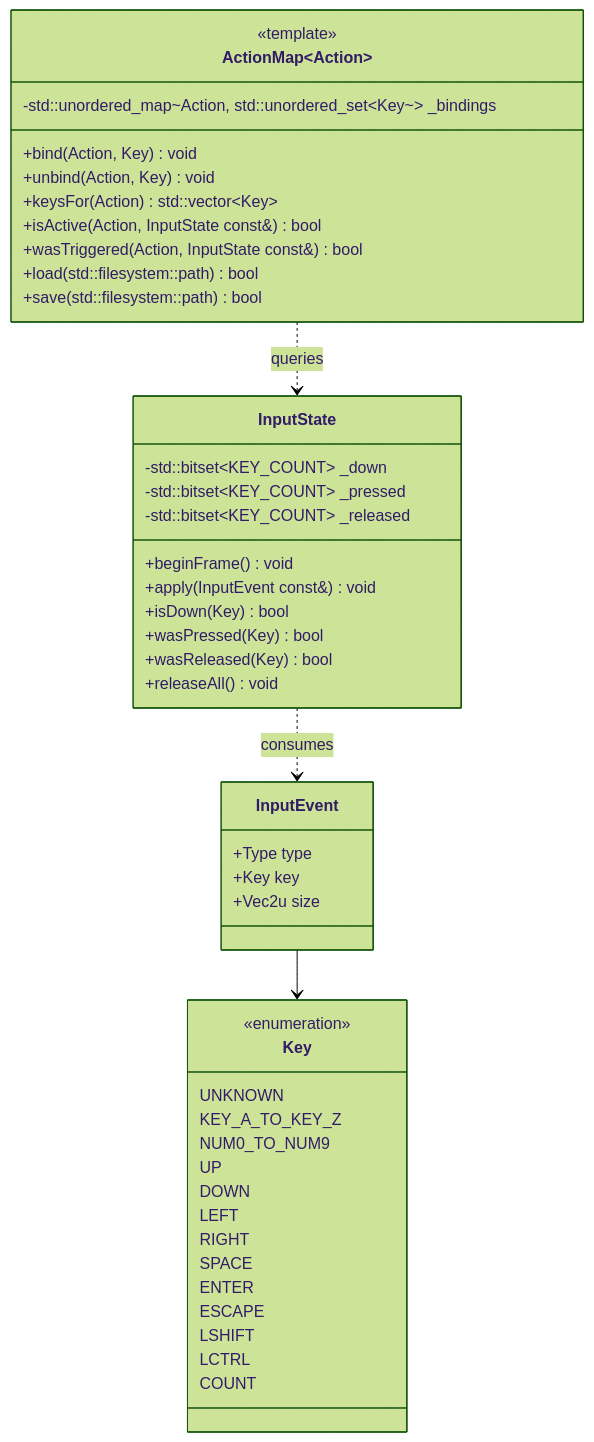
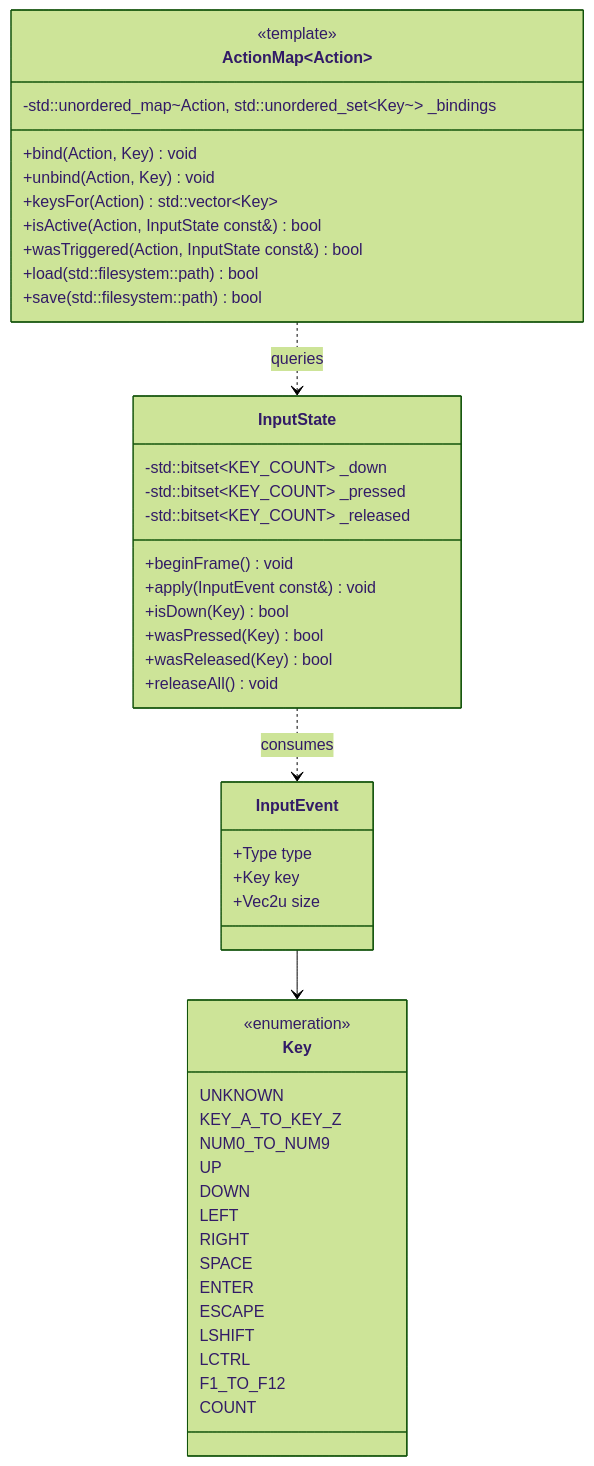
One commit to janumaruku/r-type changed the fifth of 6 diagrams in docs/modules/engine.md. Above: the diagram before and after it, drawn with Mermaid (forest theme). The commit also changed other lines of this file and 5 other files, not shown here.

````diff
--- a/docs/modules/engine.md
+++ b/docs/modules/engine.md
@@ -621,49 +621,50 @@
 ```mermaid
 classDiagram
     class Key {
         <<enumeration>>
         UNKNOWN
         KEY_A_TO_KEY_Z
         NUM0_TO_NUM9
         UP
         DOWN
         LEFT
         RIGHT
         SPACE
         ENTER
         ESCAPE
         LSHIFT
         LCTRL
+        F1_TO_F12
         COUNT
     }
     class InputEvent {
         +Type type
         +Key key
         +Vec2u size
     }
     class InputState {
         -std::bitset~KEY_COUNT~ _down
         -std::bitset~KEY_COUNT~ _pressed
         -std::bitset~KEY_COUNT~ _released
         +beginFrame() void
         +apply(InputEvent const&) void
         +isDown(Key) bool
         +wasPressed(Key) bool
         +wasReleased(Key) bool
         +releaseAll() void
     }
     class ActionMap~Action~ {
         <<template>>
         -std::unordered_map~Action, std::unordered_set~Key~~ _bindings
         +bind(Action, Key) void
         +unbind(Action, Key) void
         +keysFor(Action) std::vector~Key~
         +isActive(Action, InputState const&) bool
         +wasTriggered(Action, InputState const&) bool
         +load(std::filesystem::path) bool
         +save(std::filesystem::path) bool
     }
     InputState ..> InputEvent : consumes
     ActionMap ..> InputState : queries
     InputEvent --> Key
 ```
````
